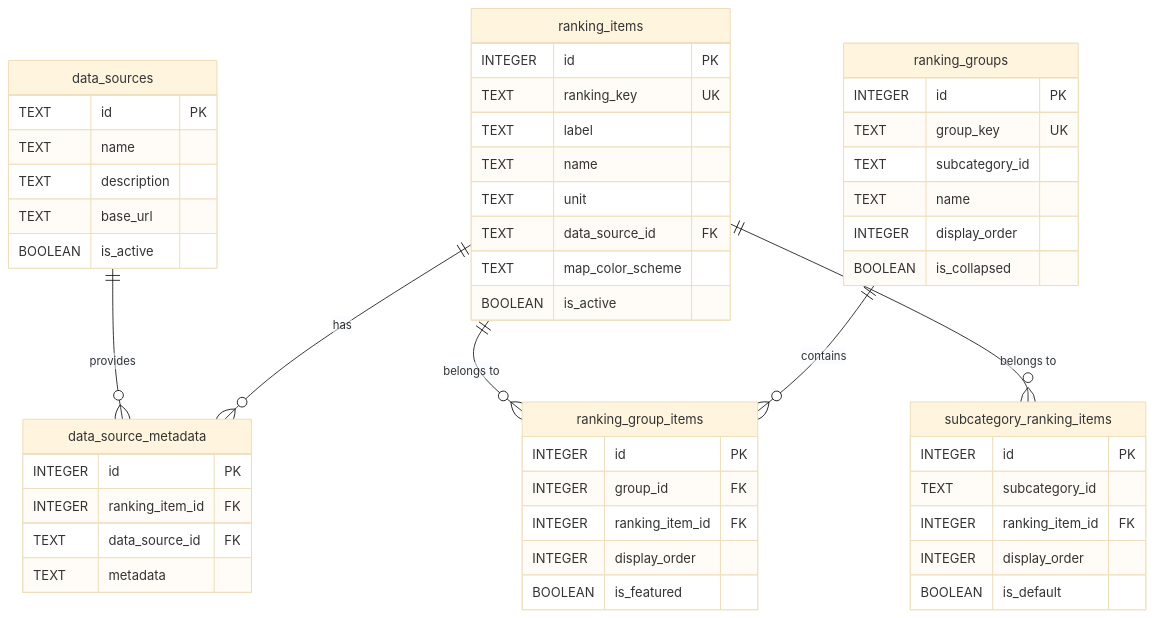
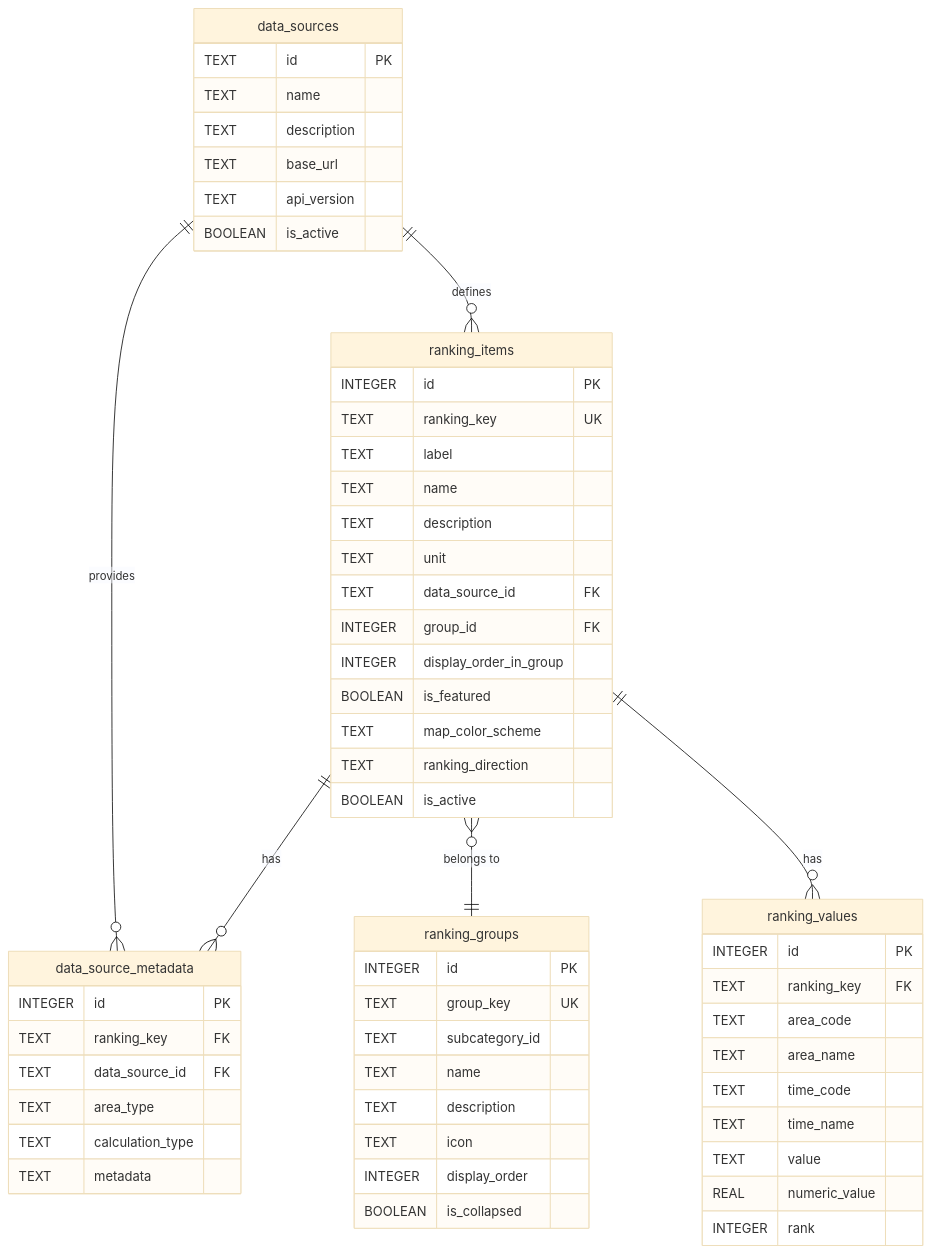
The third of 3 diagrams in docs/01_技術設計/03_ドメイン設計/10_ranking.md (uruhayato373/stats47), drawn with Mermaid (base theme) before and after one commit. The commit also changed other lines of this file and 28 other files, not shown here.

````diff
--- a/docs/01_技術設計/03_ドメイン設計/10_ranking.md
+++ b/docs/01_技術設計/03_ドメイン設計/10_ranking.md
@@ -738,59 +743,65 @@
 ```mermaid
 erDiagram
     data_sources ||--o{ data_source_metadata : "provides"
+    data_sources ||--o{ ranking_items : "defines"
     ranking_items ||--o{ data_source_metadata : "has"
-    ranking_items ||--o{ ranking_group_items : "belongs to"
-    ranking_items ||--o{ subcategory_ranking_items : "belongs to"
-    ranking_groups ||--o{ ranking_group_items : "contains"
+    ranking_items }o--|| ranking_groups : "belongs to"
+    ranking_items ||--o{ ranking_values : "has"
 
     data_sources {
         TEXT id PK
         TEXT name
         TEXT description
         TEXT base_url
+        TEXT api_version
         BOOLEAN is_active
     }
 
     ranking_items {
         INTEGER id PK
         TEXT ranking_key UK
         TEXT label
         TEXT name
+        TEXT description
         TEXT unit
         TEXT data_source_id FK
+        INTEGER group_id FK
+        INTEGER display_order_in_group
+        BOOLEAN is_featured
         TEXT map_color_scheme
+        TEXT ranking_direction
         BOOLEAN is_active
     }
 
     data_source_metadata {
         INTEGER id PK
-        INTEGER ranking_item_id FK
+        TEXT ranking_key FK
         TEXT data_source_id FK
+        TEXT area_type
+        TEXT calculation_type
         TEXT metadata
     }
 
     ranking_groups {
         INTEGER id PK
         TEXT group_key UK
         TEXT subcategory_id
         TEXT name
+        TEXT description
+        TEXT icon
         INTEGER display_order
         BOOLEAN is_collapsed
     }
 
-    ranking_group_items {
+    ranking_values {
         INTEGER id PK
-        INTEGER group_id FK
-        INTEGER ranking_item_id FK
-        INTEGER display_order
-        BOOLEAN is_featured
-    }
-
-    subcategory_ranking_items {
-        INTEGER id PK
-        TEXT subcategory_id
-        INTEGER ranking_item_id FK
-        INTEGER display_order
-        BOOLEAN is_default
+        TEXT ranking_key FK
+        TEXT area_code
+        TEXT area_name
+        TEXT time_code
+        TEXT time_name
+        TEXT value
+        REAL numeric_value
+        INTEGER rank
     }
 ```
````
